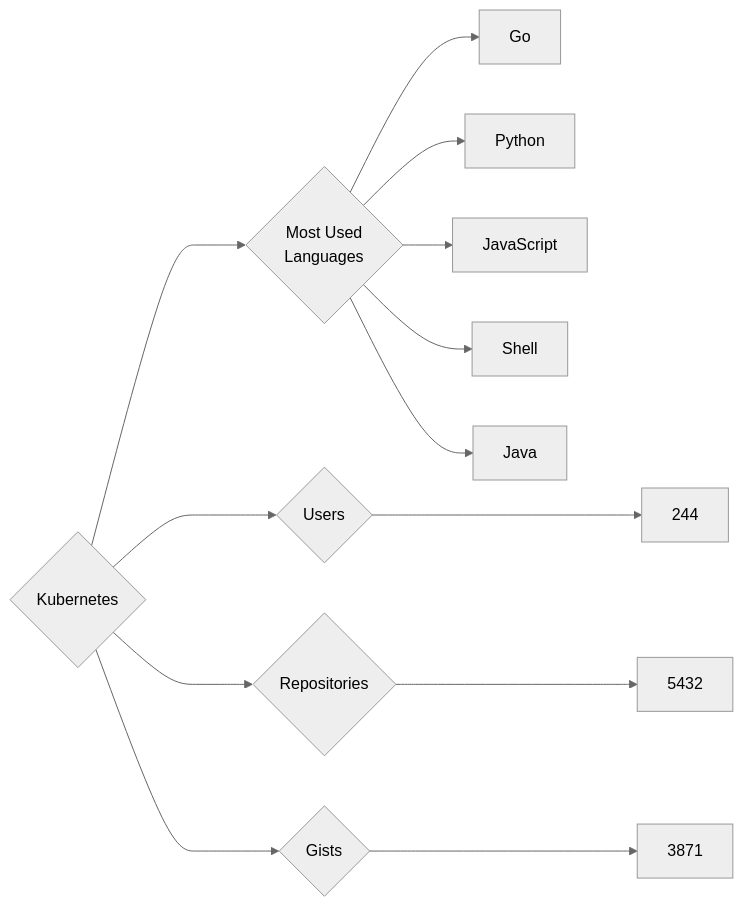
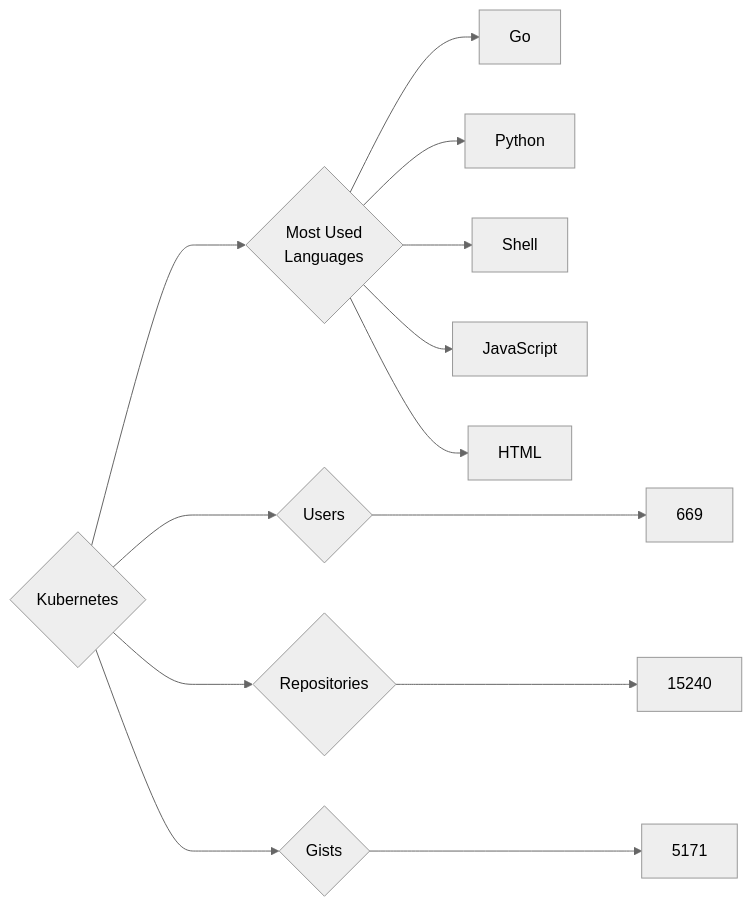
Before and after one commit to trickest/insiders: the diagram in targets/Kubernetes/README.md, drawn with Mermaid (neutral theme). The commit also changed 681 other files, not shown here.

````diff
--- a/targets/Kubernetes/README.md
+++ b/targets/Kubernetes/README.md
@@ -3,13 +3,13 @@
 ```mermaid
 graph LR
 COMPANY_NAME{Kubernetes}
-COMPANY_NAME ---> U{Users} ---> UN[244]
-COMPANY_NAME ---> R{Repositories} ---> RN[5432]
-COMPANY_NAME ---> G{Gists} ---> GN[3871]
+COMPANY_NAME ---> U{Users} ---> UN[669]
+COMPANY_NAME ---> R{Repositories} ---> RN[15240]
+COMPANY_NAME ---> G{Gists} ---> GN[5171]
 COMPANY_NAME ---> ML{Most Used<br>Languages}
 ML --> Go[Go]
 ML --> Python[Python]
+ML --> Shell[Shell]
 ML --> JavaScript[JavaScript]
-ML --> Shell[Shell]
-ML --> Java[Java]
+ML --> HTML[HTML]
 ```
````
